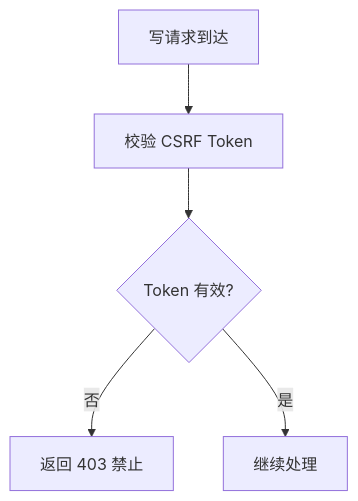
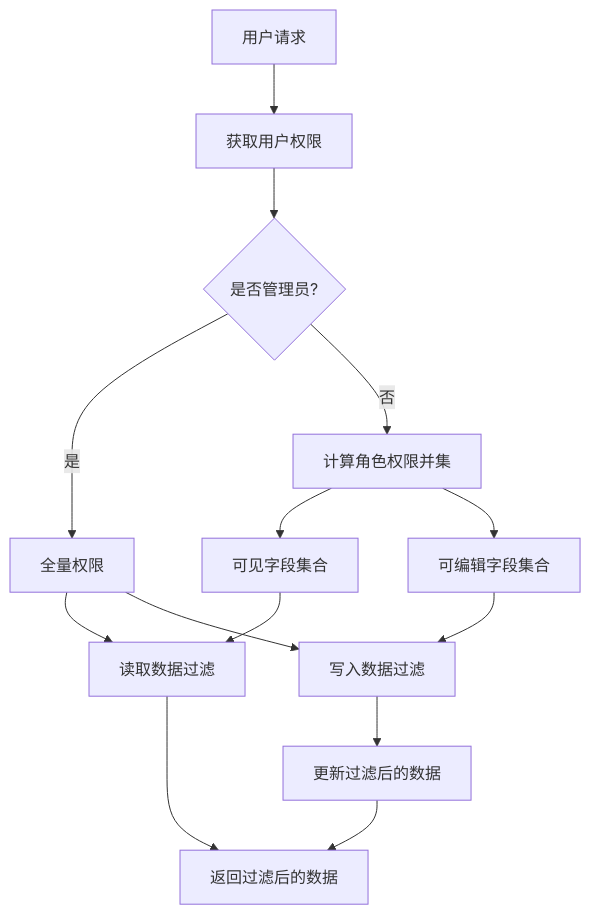
One commit to zyp-coder/Metadata changed the sixth of 7 diagrams in .qoder/repowiki/zh/content/架构设计/后端架构/中间件与安全.md. Above: the diagram before and after it, drawn with Mermaid. The commit also changed other lines of this file and 54 other files, not shown here.

````diff
--- a/.qoder/repowiki/zh/content/架构设计/后端架构/中间件与安全.md
+++ b/.qoder/repowiki/zh/content/架构设计/后端架构/中间件与安全.md
@@ -181,7 +238,16 @@
 ```mermaid
 flowchart TD
-Req["写请求到达"] --> Check["校验 CSRF Token"]
-Check --> Valid{"Token 有效?"}
-Valid -- 否 --> Reject["返回 403 禁止"]
-Valid -- 是 --> Proceed["继续处理"]
+Input["用户请求"] --> Check["获取用户权限"]
+Check --> Admin{"是否管理员?"}
+Admin -- 是 --> Full["全量权限"]
+Admin -- 否 --> Perms["计算角色权限并集"]
+Perms --> Visible["可见字段集合"]
+Perms --> Editable["可编辑字段集合"]
+Visible --> Read["读取数据过滤"]
+Editable --> Write["写入数据过滤"]
+Full --> Read
+Full --> Write
+Read --> Output["返回过滤后的数据"]
+Write --> Update["更新过滤后的数据"]
+Update --> Output
 ```
````
